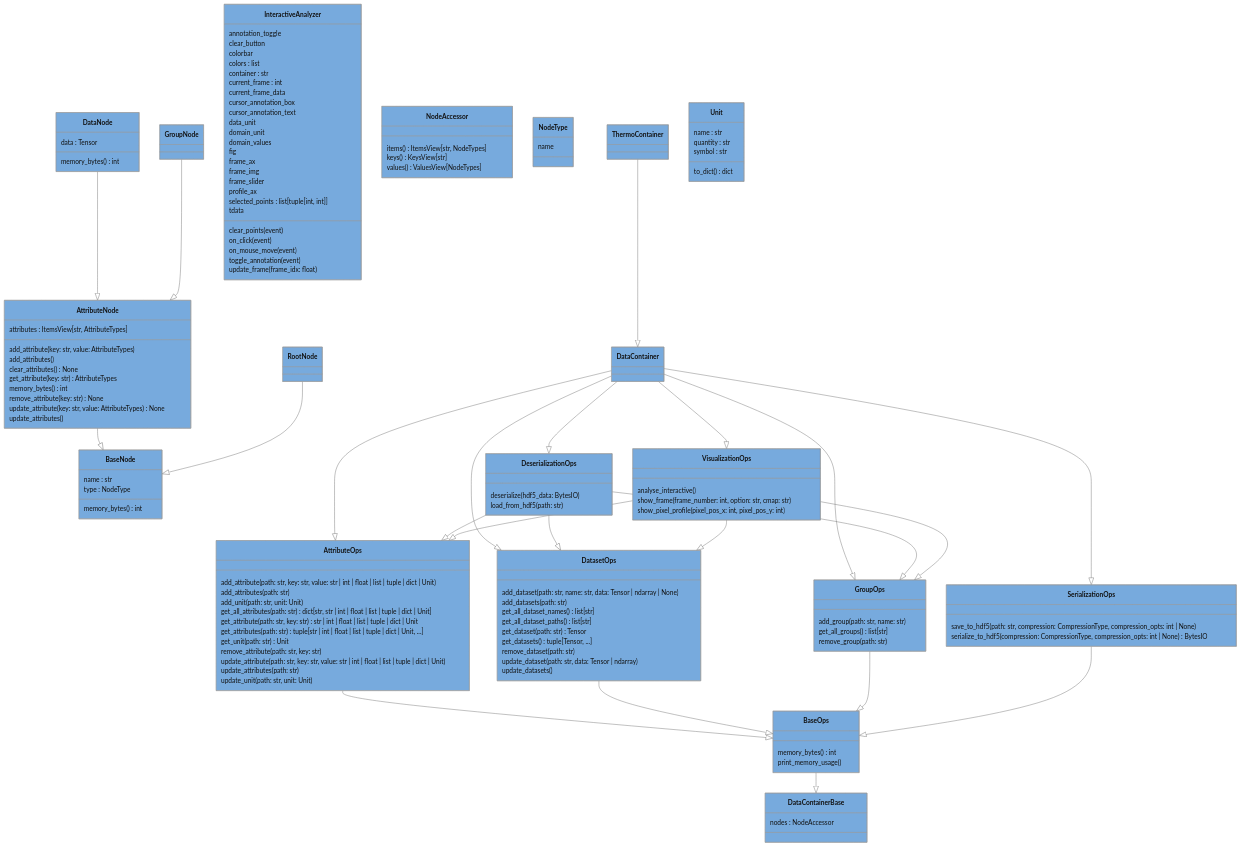
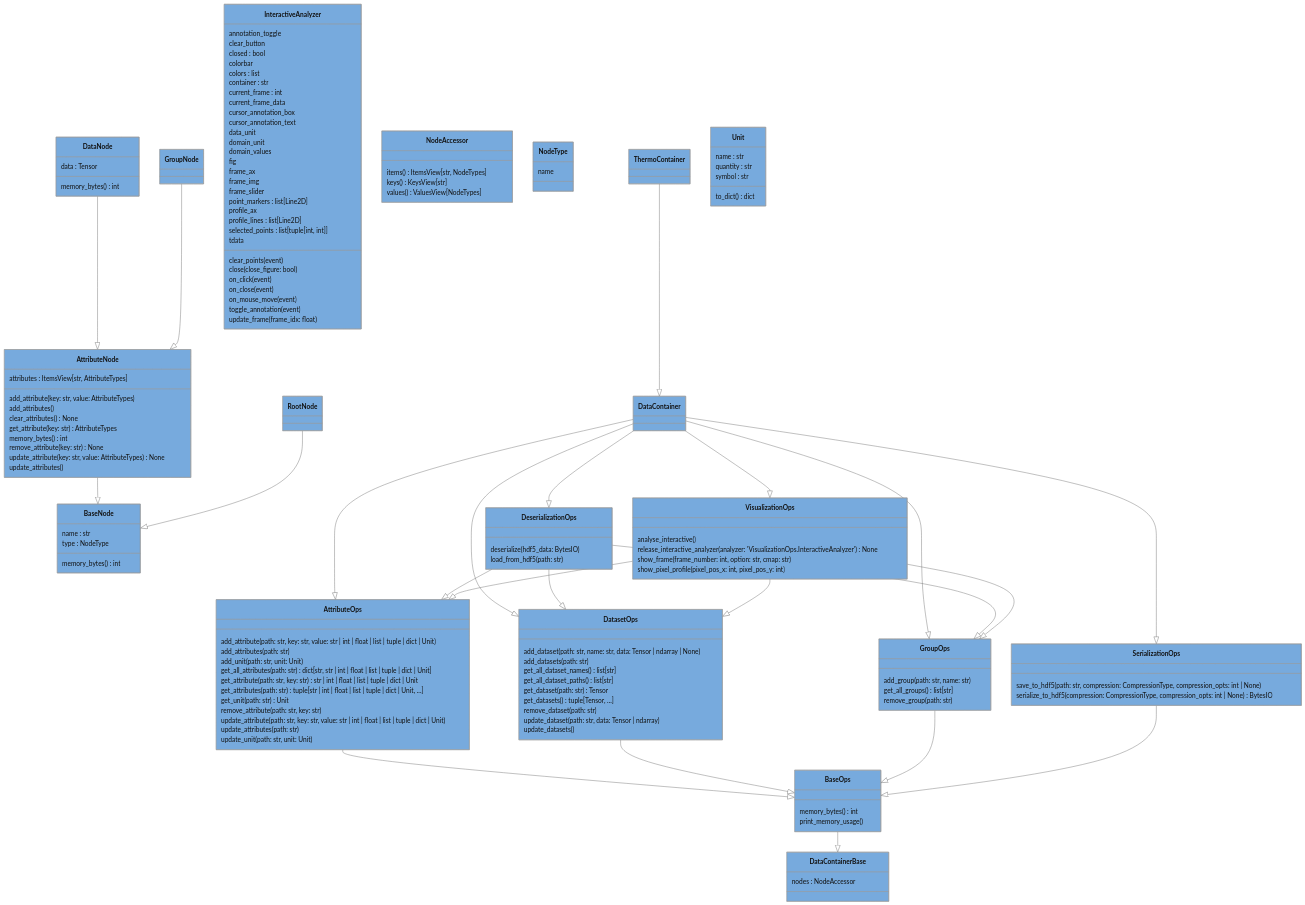
The diagram in docs/pyreverse/mermaid/classes_pythermondt.data.mmd (voidsy-gmbh/pyThermoNDT), drawn with Mermaid (neutral theme) before and after one commit. The commit also changed 9 other files, not shown here.

```diff
--- a/docs/pyreverse/mermaid/classes_pythermondt.data.mmd
+++ b/docs/pyreverse/mermaid/classes_pythermondt.data.mmd
@@ -1,159 +1,165 @@
 classDiagram
   class AttributeNode {
     attributes : ItemsView[str, AttributeTypes]
     add_attribute(key: str, value: AttributeTypes)
     add_attributes()
     clear_attributes() None
     get_attribute(key: str) AttributeTypes
     memory_bytes() int
     remove_attribute(key: str) None
     update_attribute(key: str, value: AttributeTypes) None
     update_attributes()
   }
   style AttributeNode fill:#77AADD
   class AttributeOps {
     add_attribute(path: str, key: str, value: str | int | float | list | tuple | dict | Unit)
     add_attributes(path: str)
     add_unit(path: str, unit: Unit)
     get_all_attributes(path: str) dict[str, str | int | float | list | tuple | dict | Unit]
     get_attribute(path: str, key: str) str | int | float | list | tuple | dict | Unit
     get_attributes(path: str) tuple[str | int | float | list | tuple | dict | Unit, ...]
     get_unit(path: str) Unit
     remove_attribute(path: str, key: str)
     update_attribute(path: str, key: str, value: str | int | float | list | tuple | dict | Unit)
     update_attributes(path: str)
     update_unit(path: str, unit: Unit)
   }
   style AttributeOps fill:#77AADD
   class BaseNode {
     name : str
     type : NodeType
     memory_bytes() int
   }
   style BaseNode fill:#77AADD
   class BaseOps {
     memory_bytes() int
     print_memory_usage()
   }
   style BaseOps fill:#77AADD
   class DataContainer {
   }
   style DataContainer fill:#77AADD
   class DataContainerBase {
     nodes : NodeAccessor
   }
   style DataContainerBase fill:#77AADD
   class DataNode {
     data : Tensor
     memory_bytes() int
   }
   style DataNode fill:#77AADD
   class DatasetOps {
     add_dataset(path: str, name: str, data: Tensor | ndarray | None)
     add_datasets(path: str)
     get_all_dataset_names() list[str]
     get_all_dataset_paths() list[str]
     get_dataset(path: str) Tensor
     get_datasets() tuple[Tensor, ...]
     remove_dataset(path: str)
     update_dataset(path: str, data: Tensor | ndarray)
     update_datasets()
   }
   style DatasetOps fill:#77AADD
   class DeserializationOps {
     deserialize(hdf5_data: BytesIO)
     load_from_hdf5(path: str)
   }
   style DeserializationOps fill:#77AADD
   class GroupNode {
   }
   style GroupNode fill:#77AADD
   class GroupOps {
     add_group(path: str, name: str)
     get_all_groups() list[str]
     remove_group(path: str)
   }
   style GroupOps fill:#77AADD
   class InteractiveAnalyzer {
     annotation_toggle
     clear_button
+    closed : bool
     colorbar
     colors : list
     container : str
     current_frame : int
     current_frame_data
     cursor_annotation_box
     cursor_annotation_text
     data_unit
     domain_unit
     domain_values
     fig
     frame_ax
     frame_img
     frame_slider
+    point_markers : list[Line2D]
     profile_ax
+    profile_lines : list[Line2D]
     selected_points : list[tuple[int, int]]
     tdata
     clear_points(event)
+    close(close_figure: bool)
     on_click(event)
+    on_close(event)
     on_mouse_move(event)
     toggle_annotation(event)
     update_frame(frame_idx: float)
   }
   style InteractiveAnalyzer fill:#77AADD
   class NodeAccessor {
     items() ItemsView[str, NodeTypes]
     keys() KeysView[str]
     values() ValuesView[NodeTypes]
   }
   style NodeAccessor fill:#77AADD
   class NodeType {
     name
   }
   style NodeType fill:#77AADD
   class RootNode {
   }
   style RootNode fill:#77AADD
   class SerializationOps {
     save_to_hdf5(path: str, compression: CompressionType, compression_opts: int | None)
     serialize_to_hdf5(compression: CompressionType, compression_opts: int | None) BytesIO
   }
   style SerializationOps fill:#77AADD
   class ThermoContainer {
   }
   style ThermoContainer fill:#77AADD
   class Unit {
     name : str
     quantity : str
     symbol : str
     to_dict() dict
   }
   style Unit fill:#77AADD
   class VisualizationOps {
     analyse_interactive()
+    release_interactive_analyzer(analyzer: 'VisualizationOps.InteractiveAnalyzer') None
     show_frame(frame_number: int, option: str, cmap: str)
     show_pixel_profile(pixel_pos_x: int, pixel_pos_y: int)
   }
   style VisualizationOps fill:#77AADD
   AttributeOps --|> BaseOps
   BaseOps --|> DataContainerBase
   DataContainer --|> AttributeOps
   DataContainer --|> DatasetOps
   DataContainer --|> GroupOps
   DataContainer --|> DeserializationOps
   DataContainer --|> SerializationOps
   DataContainer --|> VisualizationOps
   DatasetOps --|> BaseOps
   GroupOps --|> BaseOps
   AttributeNode --|> BaseNode
   DataNode --|> AttributeNode
   GroupNode --|> AttributeNode
   RootNode --|> BaseNode
   DeserializationOps --|> AttributeOps
   DeserializationOps --|> DatasetOps
   DeserializationOps --|> GroupOps
   SerializationOps --|> BaseOps
   VisualizationOps --|> AttributeOps
   VisualizationOps --|> DatasetOps
   VisualizationOps --|> GroupOps
   ThermoContainer --|> DataContainer
```
